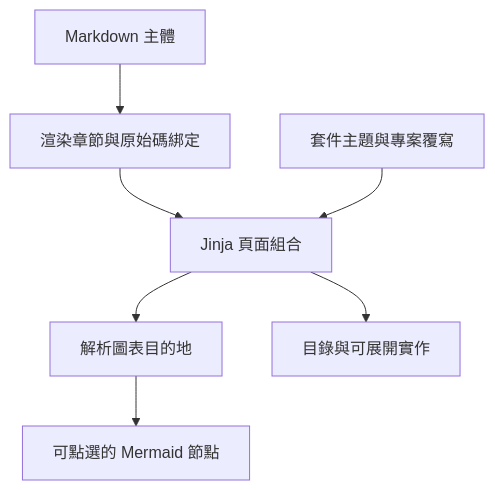
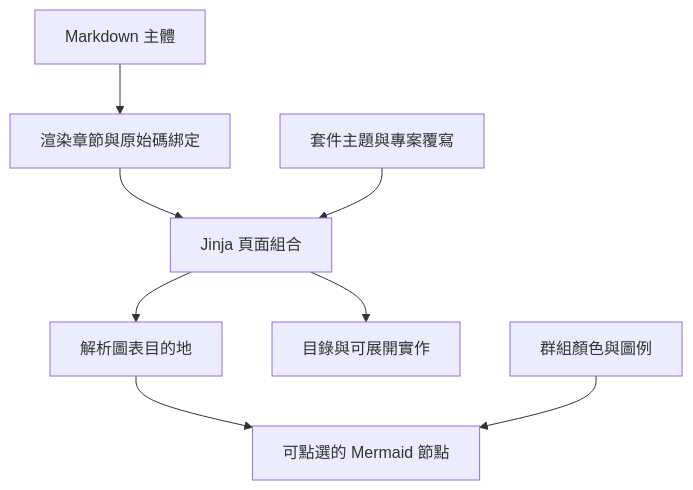
Before and after one commit to Lizhou31/codewiki: the diagram in codewiki/wiki/renderer-ch_tw.md, drawn with Mermaid. The commit also changed other lines of this file and 64 other files, not shown here.

First line of the commit message:
Add semantic diagram colors, code labels, captions, and SVG figures (#5)

````diff
--- a/codewiki/wiki/renderer-ch_tw.md
+++ b/codewiki/wiki/renderer-ch_tw.md
@@ -35,9 +35,10 @@
 ```mermaid
 flowchart TB
   markdown["Markdown 主體"] --> model["渲染章節與原始碼綁定"]
   model --> publication["Jinja 頁面組合"]
   theme["套件主題與專案覆寫"] --> publication
   publication --> navigation["解析圖表目的地"]
   navigation --> diagrams["可點選的 Mermaid 節點"]
   publication --> reading["目錄與可展開實作"]
+  groups["群組顏色與圖例"] --> diagrams
 ```
````
